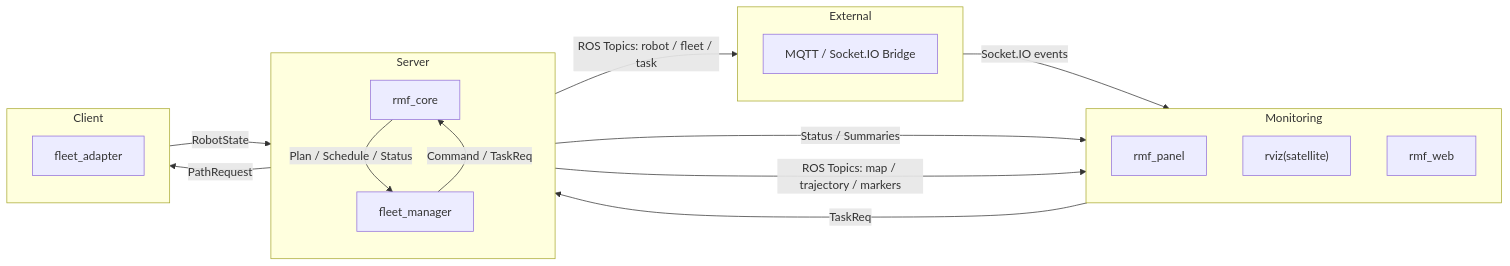
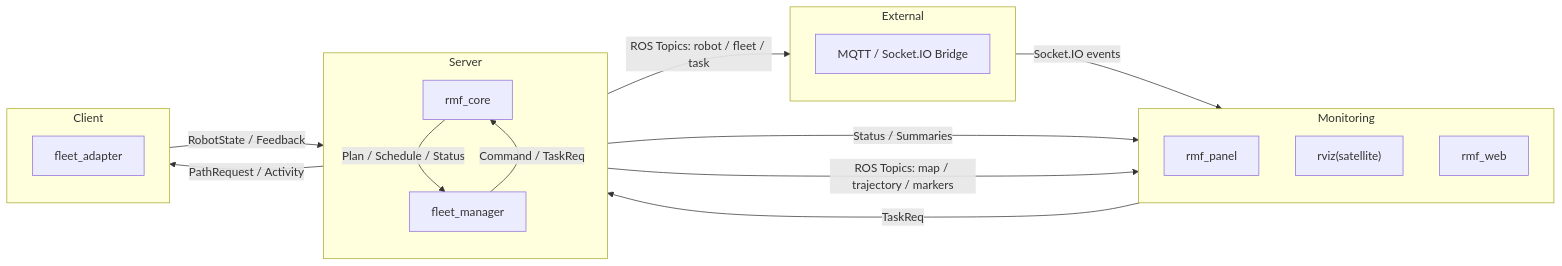
One commit to DeveloperKSH/Open-RMF_Server changed the diagram in README.md. Above: the diagram before and after it, drawn with Mermaid.

Commit message:
md file update

````diff
--- a/README.md
+++ b/README.md
@@ -58,48 +58,48 @@
 ```mermaid
 flowchart LR
 
   %% ===== Monitoring (왼쪽 열, 위→아래 고정) =====
   subgraph Mon["Monitoring"]
     direction TB
     panel["rmf_panel"]
     rviz["rviz(satellite)"]
     dash["rmf_web"]
   end
 
   %% ===== Server (가운데 열, 위→아래 고정) =====
   subgraph Core["Server"]
     direction TB
     rmfcore["rmf_core"]
     fm["fleet_manager"]
   end
 
   %% ===== External (오른쪽 위 열) =====
   subgraph Ext["External"]
     direction TB
     bridge["MQTT / Socket.IO Bridge"]
   end
 
   %% ===== Client (오른쪽 열, 아래) =====
   subgraph Clients["Client"]
     direction TB
     adapter["fleet_adapter"]
   end
 
   %% ---------- Monitoring ↔ Server ----------
   panel -->|TaskReq| rmfcore
   rmfcore -->|Status / Summaries| panel
 
   rmfcore -->|ROS Topics: map / trajectory / markers| rviz
 
   %% ---------- Server ↔ External ----------
   rmfcore -->|ROS Topics: robot / fleet / task| bridge
   bridge -->|Socket.IO events| dash
 
   %% ---------- Server 내부(양방향) ----------
   fm -->|Command / TaskReq| rmfcore
   rmfcore -->|Plan / Schedule / Status| fm
 
   %% ---------- Server ↔ Client ----------
-  fm -->|PathRequest| adapter
-  adapter -->|RobotState| fm
+  fm -->|PathRequest / Activity| adapter
+  adapter -->|RobotState / Feedback| fm
 ```
````
